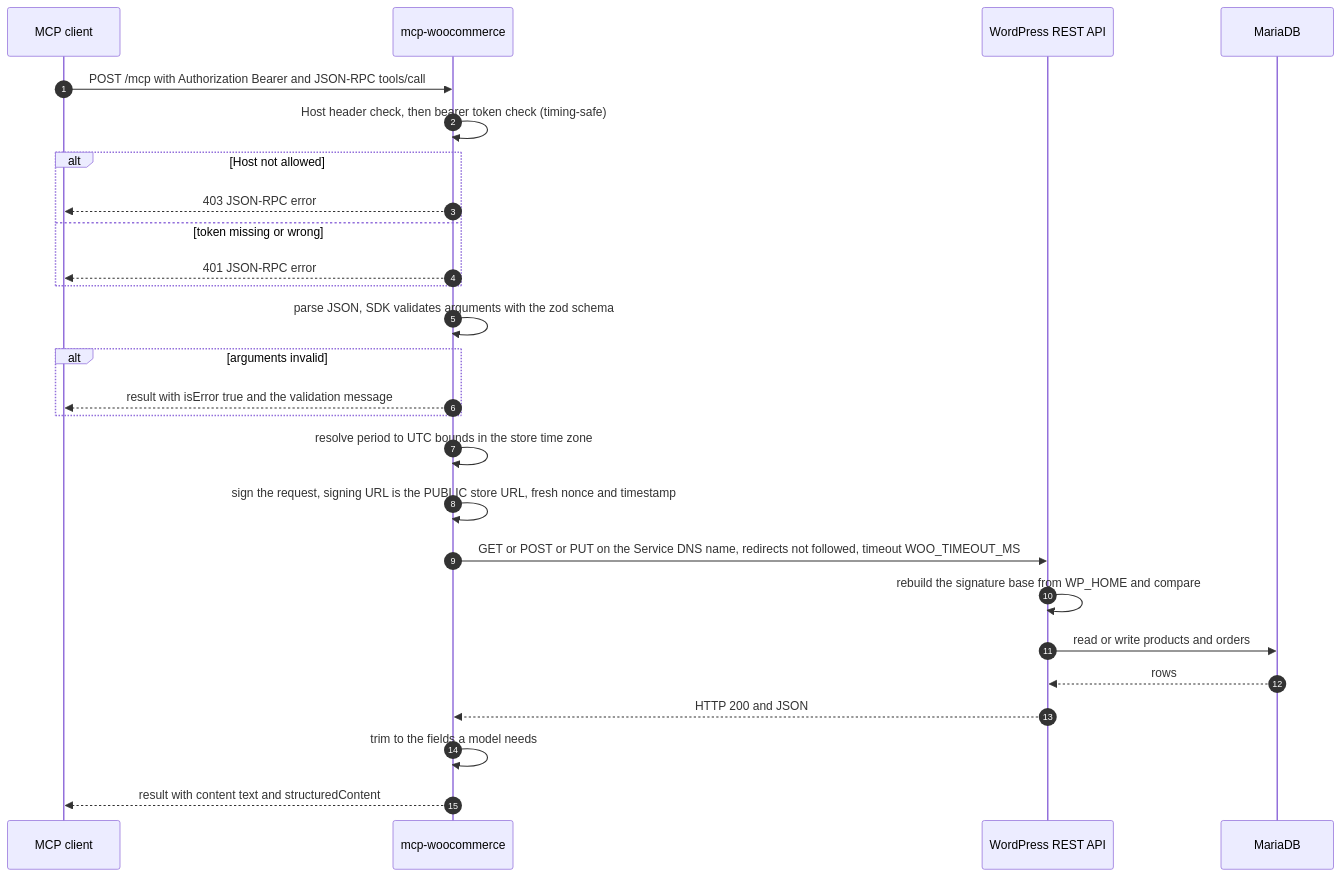
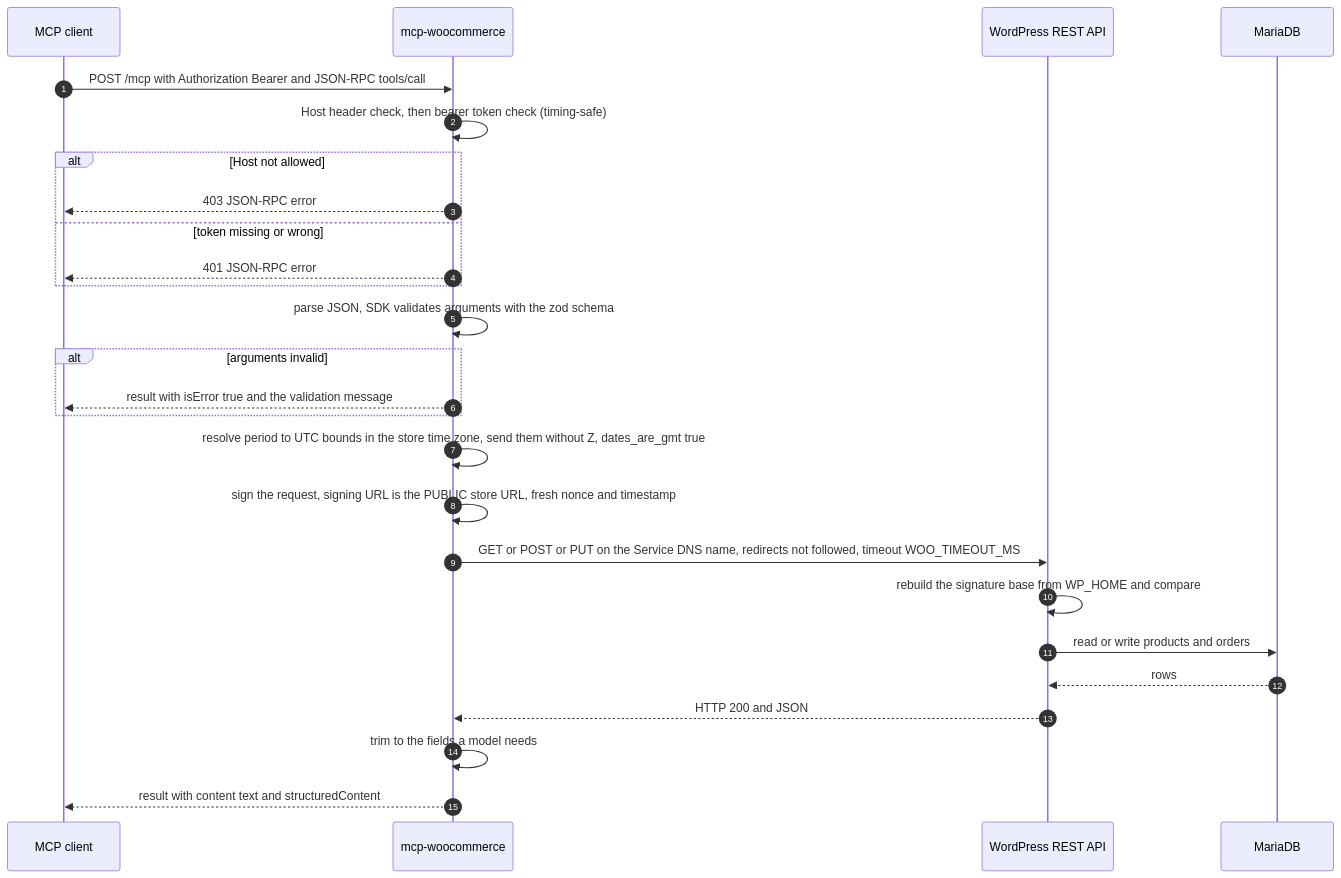
One commit to tushar66sharma/MCP-Gateway-on-Kubernetes changed the seventh of 7 diagrams in docs/workflows.md. Above: the diagram before and after it, drawn with Mermaid. The commit also changed other lines of this file and 9 other files, not shown here.

````diff
--- a/docs/workflows.md
+++ b/docs/workflows.md
@@ -338,29 +338,29 @@
 ```mermaid
 sequenceDiagram
     autonumber
     participant C as MCP client
     participant M as mcp-woocommerce
     participant W as WordPress REST API
     participant D as MariaDB
 
     C->>M: POST /mcp with Authorization Bearer and JSON-RPC tools/call
     M->>M: Host header check, then bearer token check (timing-safe)
     alt Host not allowed
         M-->>C: 403 JSON-RPC error
     else token missing or wrong
         M-->>C: 401 JSON-RPC error
     end
     M->>M: parse JSON, SDK validates arguments with the zod schema
     alt arguments invalid
         M-->>C: result with isError true and the validation message
     end
-    M->>M: resolve period to UTC bounds in the store time zone
+    M->>M: resolve period to UTC bounds in the store time zone, send them without Z, dates_are_gmt true
     M->>M: sign the request, signing URL is the PUBLIC store URL, fresh nonce and timestamp
     M->>W: GET or POST or PUT on the Service DNS name, redirects not followed, timeout WOO_TIMEOUT_MS
     W->>W: rebuild the signature base from WP_HOME and compare
     W->>D: read or write products and orders
     D-->>W: rows
     W-->>M: HTTP 200 and JSON
     M->>M: trim to the fields a model needs
     M-->>C: result with content text and structuredContent
 ```
````
